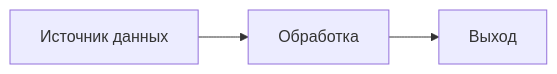
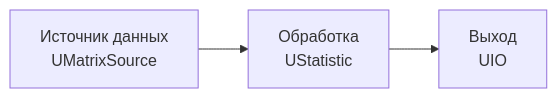
One commit to aicommunity/Nmsdk changed the diagram in Docs/Overview/QuickStart.md. Above: the diagram before and after it, drawn with Mermaid. The commit also changed other lines of this file and 21 other files, not shown here.

````diff
--- a/Docs/Overview/QuickStart.md
+++ b/Docs/Overview/QuickStart.md
@@ -58,5 +58,5 @@
 ```mermaid
 flowchart LR
-    Source[Источник данных] --> Process[Обработка]
-    Process --> Output[Выход]
+    Source[Источник данных<br/>UMatrixSource] --> Process[Обработка<br/>UStatistic]
+    Process --> Output[Выход<br/>UIO]
 ```
````
